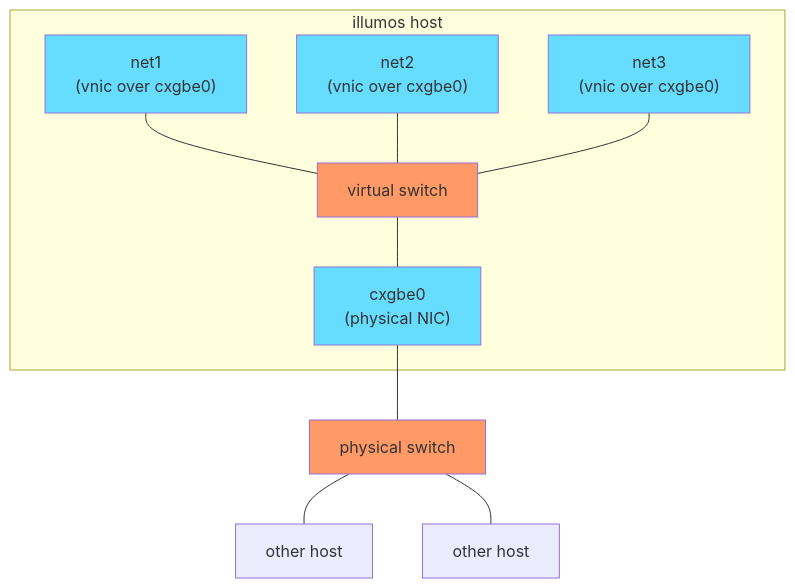
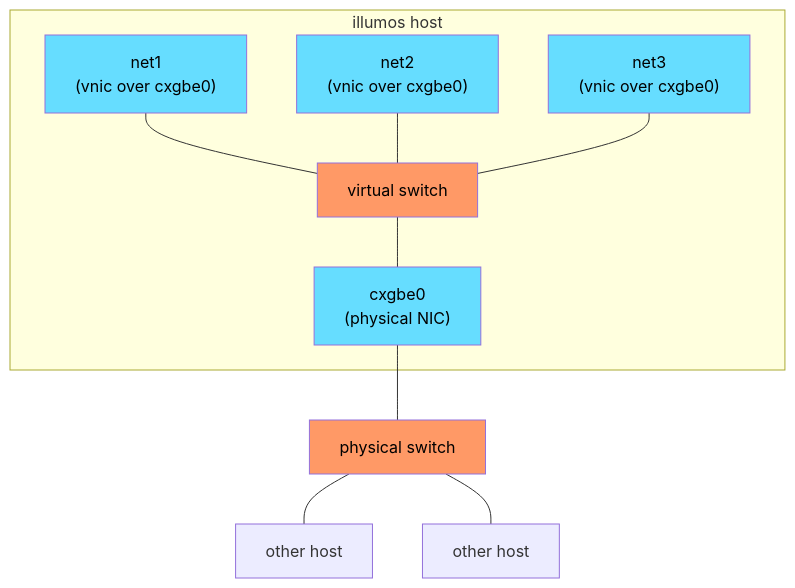
One commit to oxidecomputer/omicron changed the first of 5 diagrams in docs/networking.adoc. Above: the diagram before and after it, drawn with Mermaid. The commit also changed other lines of this file, not shown here.

````diff
--- a/docs/networking.adoc
+++ b/docs/networking.adoc
@@ -58,34 +58,35 @@
 ```mermaid
 graph TD
     subgraph "illumos host"
         vnic1 --- vswitch1
         vnic2 --- vswitch1
         vnic3 --- vswitch1
         vswitch1 --- cxgbe0
     end
 
     cxgbe0 --- switch
     switch --- exthost1
     switch --- exthost2
 
     %% Labels are defined as needed at the end here to avoid changing the layout.
-    vnic1["net1\n(vnic over cxgbe0)"]
-    vnic2["net2\n(vnic over cxgbe0)"]
-    vnic3["net3\n(vnic over cxgbe0)"]
-    vswitch1["virtual switch"]
-    cxgbe0["cxgbe0\n(physical NIC)"]
+    vnic1["<font color="0">net1\n(vnic over cxgbe0)"]
+    vnic2["<font color="0">net2\n(vnic over cxgbe0)"]
+    vnic3["<font color="0">net3\n(vnic over cxgbe0)"]
+    vswitch1["<font color="0">virtual switch"]
+    cxgbe0["<font color="0">cxgbe0\n(physical NIC)"]
 
-    switch["physical switch"]
+    switch["<font color="0">physical switch"]
     exthost1["other host"]
     exthost2["other host"]
 
     classDef switch fill:#f96
     class vswitch1 switch
     class switch switch
 
     classDef datalink fill:#6df
+    classDef datalink fontColor:#000
     class vnic1 datalink
     class vnic2 datalink
     class vnic3 datalink
     class cxgbe0 datalink
 ```
````
